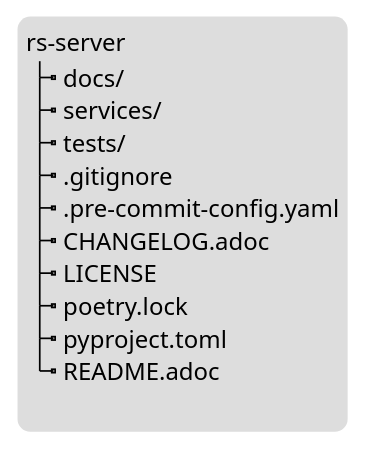
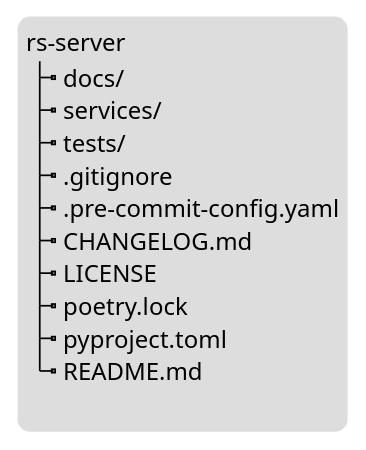
The diagram in docs/doc/dev/background/tree-structure.adoc (RS-PYTHON/rs-server), drawn with PlantUML before and after one commit. The commit also changed 5 other files, not shown here.

```diff
--- a/docs/doc/dev/background/tree-structure.adoc
+++ b/docs/doc/dev/background/tree-structure.adoc
@@ -5,22 +5,22 @@
 [plantuml, format=svg, opts="inline"]
 ----
 skinparam Legend {
 	BorderColor transparent
 }
 
 legend
 rs-server
 |_ docs/
 |_ services/
 |_ tests/
 |_ .gitignore
 |_ .pre-commit-config.yaml
-|_ CHANGELOG.adoc
+|_ CHANGELOG.md
 |_ LICENSE
 |_ poetry.lock
 |_ pyproject.toml
-|_ README.adoc
+|_ README.md
 
 end legend
 
 ----
```
